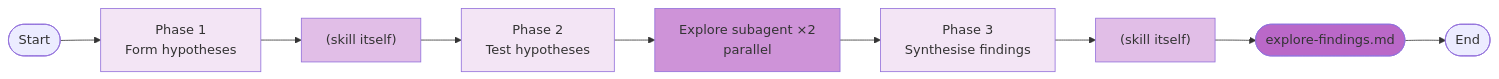
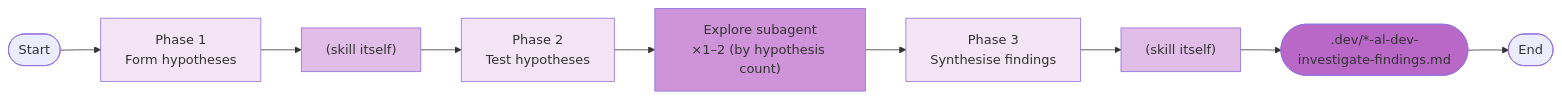
One commit to russell-laing/al-dev-shared changed the third of 18 diagrams in docs/al-dev-plugin-map.md. Above: the diagram before and after it, drawn with Mermaid. The commit also changed other lines of this file, not shown here.

First line of the commit message:
docs: fix technical accuracy in al-dev-plugin-map diagrams and suggestions

````diff
--- a/docs/al-dev-plugin-map.md
+++ b/docs/al-dev-plugin-map.md
@@ -136,19 +128,19 @@
 ```mermaid
 flowchart LR
     Start([Start]) --> Phase1["Phase 1<br/>Form hypotheses"]
     Phase1 --> SkillWork1["(skill itself)"]
     SkillWork1 --> Phase2["Phase 2<br/>Test hypotheses"]
-    Phase2 --> Agent1["Explore subagent ×2<br/>parallel"]
+    Phase2 --> Agent1["Explore subagent<br/>×1–2 (by hypothesis count)"]
     Agent1 --> Phase3["Phase 3<br/>Synthesise findings"]
     Phase3 --> SkillWork2["(skill itself)"]
-    SkillWork2 --> Output1(["explore-findings.md"])
+    SkillWork2 --> Output1([".dev/*-al-dev-investigate-findings.md"])
     Output1 --> End([End])
 
     style Phase1 fill:#f3e5f5
     style Phase2 fill:#f3e5f5
     style Phase3 fill:#f3e5f5
     style SkillWork1 fill:#e1bee7
     style SkillWork2 fill:#e1bee7
     style Agent1 fill:#ce93d8
     style Output1 fill:#ba68c8
 ```
````
